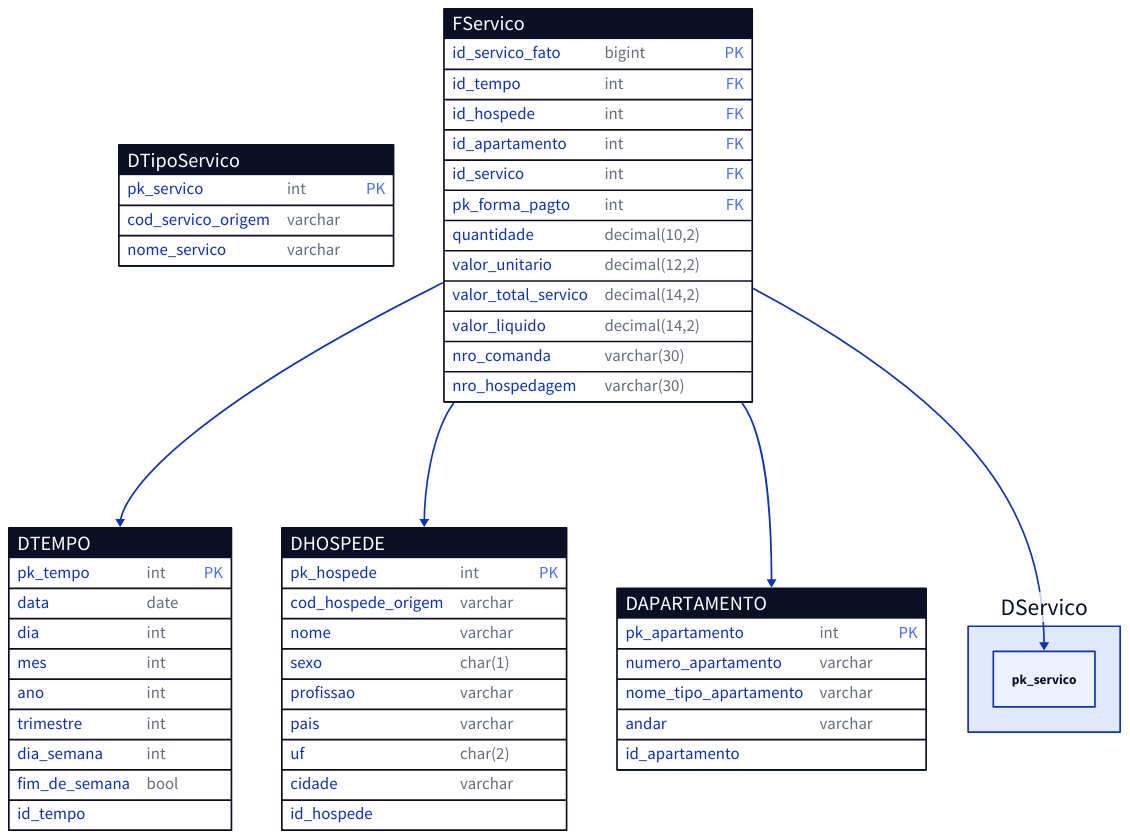
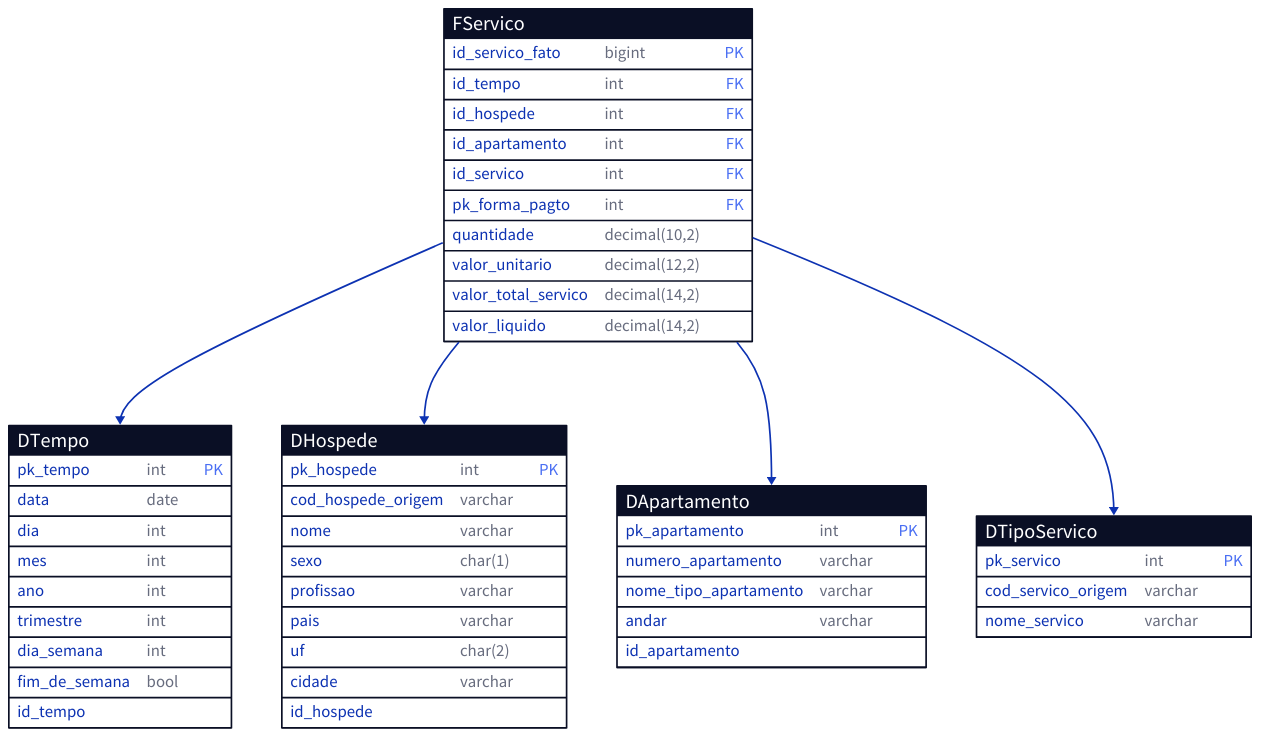
One commit to saitoi/projeto-final-dw changed the diagram in trab-hoje/model.d2. Above: the diagram before and after it, drawn with D2. The commit also changed 1 other file, not shown here.

```diff
--- a/trab-hoje/model.d2
+++ b/trab-hoje/model.d2
@@ -1,79 +1,79 @@
 vars: {
   d2-config: {
     layout-engine: dagre
     theme-id: 0
   }
 }
 
-DTEMPO: {
+DTempo: {
   shape: sql_table
   pk_tempo: int {constraint: primary_key}
   data: date
   dia: int
   mes: int
   ano: int
   trimestre: int
   dia_semana: int
   fim_de_semana: bool
 }
 
 
 
-DHOSPEDE: {
+DHospede: {
   shape: sql_table
   pk_hospede: int {constraint: primary_key}
   cod_hospede_origem: varchar
   nome: varchar
   sexo: char(1)
   profissao: varchar
   pais: varchar
   uf: char(2)
   cidade: varchar
 }
 
 # Atributos a serem reavaliados:
 #       Tipo da cama é relevante?
 #       Cama de casal é importante?
 
-DAPARTAMENTO: {
+DApartamento: {
   shape: sql_table
   pk_apartamento: int {constraint: primary_key}
   # cod_apartamento_origem: varchar
   numero_apartamento: varchar
   nome_tipo_apartamento: varchar
   andar: varchar
   # bloco: varchar(10)
 }
 
 # Comentei alguns atributos
 
 DTipoServico: {
   shape: sql_table
   pk_servico: int {constraint: primary_key}
   cod_servico_origem: varchar
   nome_servico: varchar
   # categoria_servico: varchar
   # unidade: varchar
   # ativo: char
 }
 
 FServico: {
   shape: sql_table
   id_servico_fato: bigint {constraint: primary_key}
   id_tempo: int {constraint: foreign_key}
   id_hospede: int {constraint: foreign_key}
   id_apartamento: int {constraint: foreign_key}
   id_servico: int {constraint: foreign_key}
   pk_forma_pagto: int {constraint: foreign_key}
   quantidade: decimal(10,2)
   valor_unitario: decimal(12,2)
   valor_total_servico: decimal(14,2)
   valor_liquido: decimal(14,2)
-  nro_comanda: varchar(30)
-  nro_hospedagem: varchar(30)
+  # nro_comanda: varchar(30)
+  # nro_hospedagem: varchar(30)
 }
 
 FServico.id_tempo -> DTempo.id_tempo
 FServico.id_hospede -> DHospede.id_hospede
 FServico.id_apartamento -> DApartamento.id_apartamento
-FServico.id_servico -> DServico.pk_servico
+FServico.id_servico -> DTipoServico.pk_servico
```
